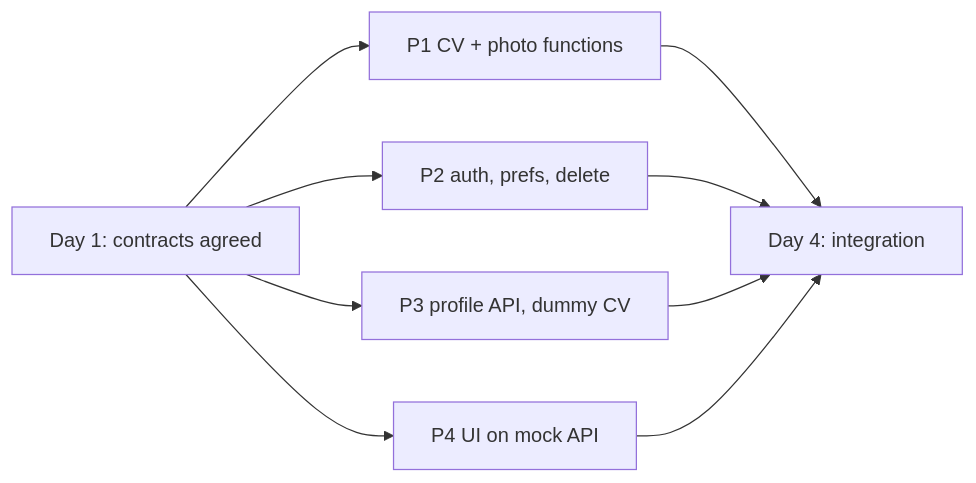
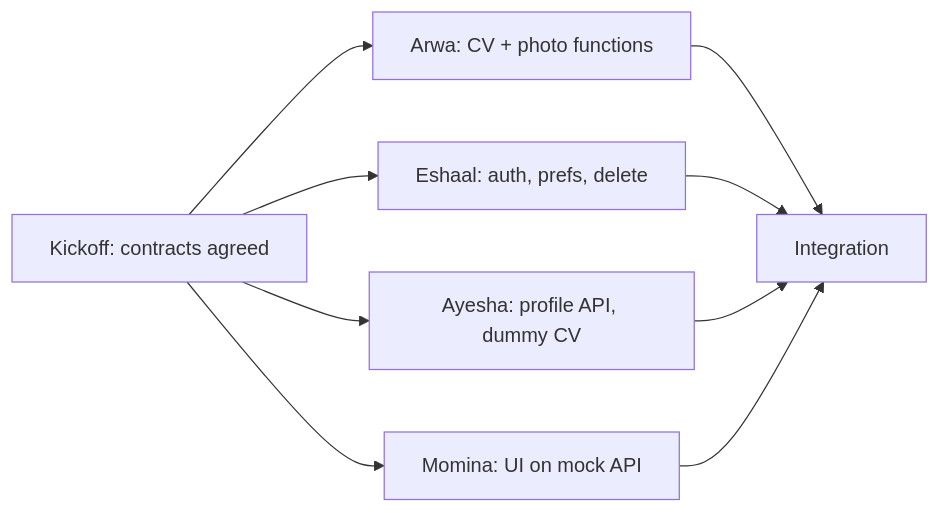
The diagram in openspec/team/README.md (Arwa-Mahmood/Hue-Me-), drawn with Mermaid before and after one commit. The commit also changed other lines of this file and 31 other files, not shown here.

````diff
--- a/openspec/team/README.md
+++ b/openspec/team/README.md
@@ -48,11 +44,11 @@
 ```mermaid
 flowchart LR
-  C[Day 1: contracts agreed] --> P1[P1 CV + photo functions]
-  C --> P2[P2 auth, prefs, delete]
-  C --> P3[P3 profile API, dummy CV]
-  C --> P4[P4 UI on mock API]
-  P1 --> I[Day 4: integration]
+  C[Kickoff: contracts agreed] --> P1[Arwa: CV + photo functions]
+  C --> P2[Eshaal: auth, prefs, delete]
+  C --> P3[Ayesha: profile API, dummy CV]
+  C --> P4[Momina: UI on mock API]
+  P1 --> I[Integration]
   P2 --> I
   P3 --> I
   P4 --> I
 ```
````
